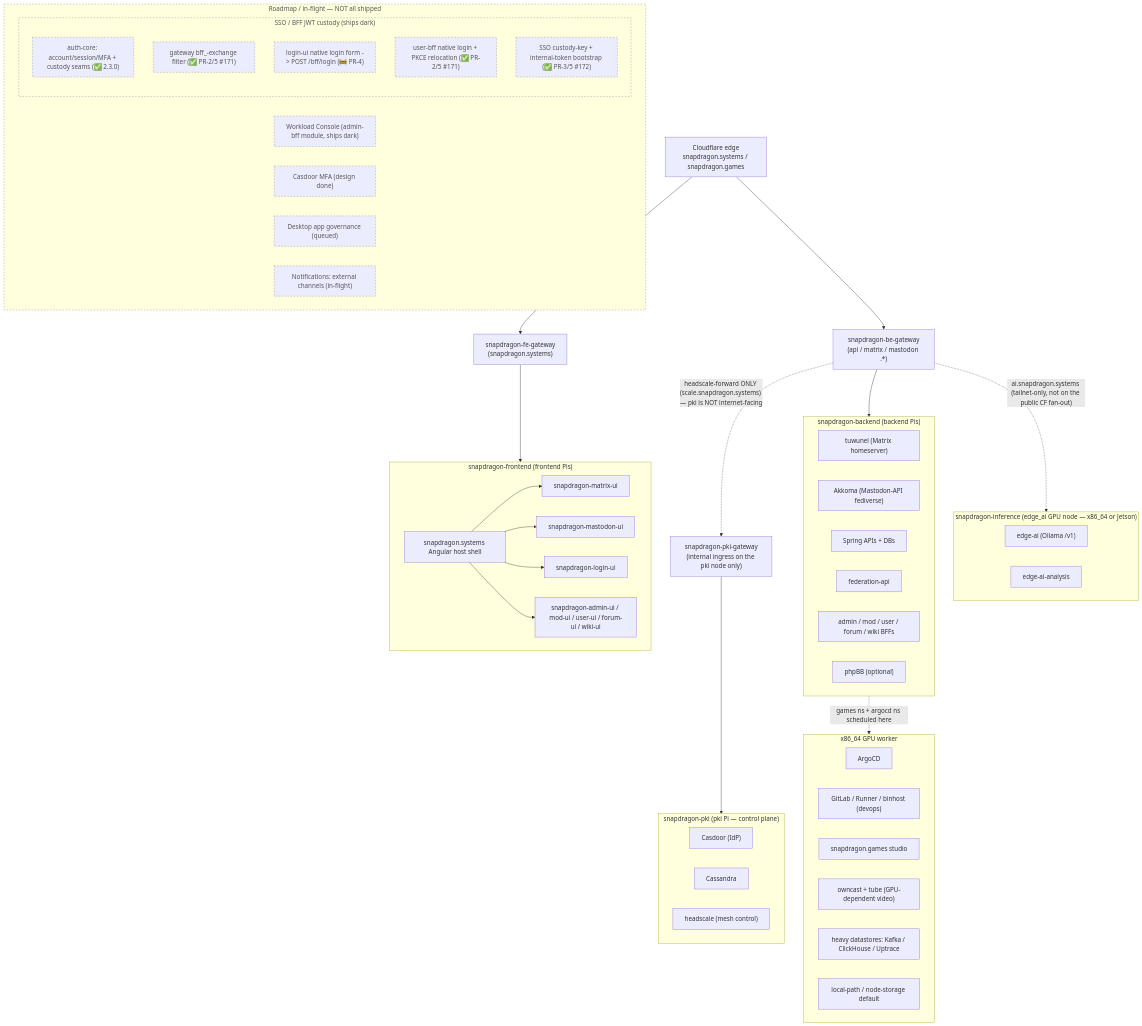
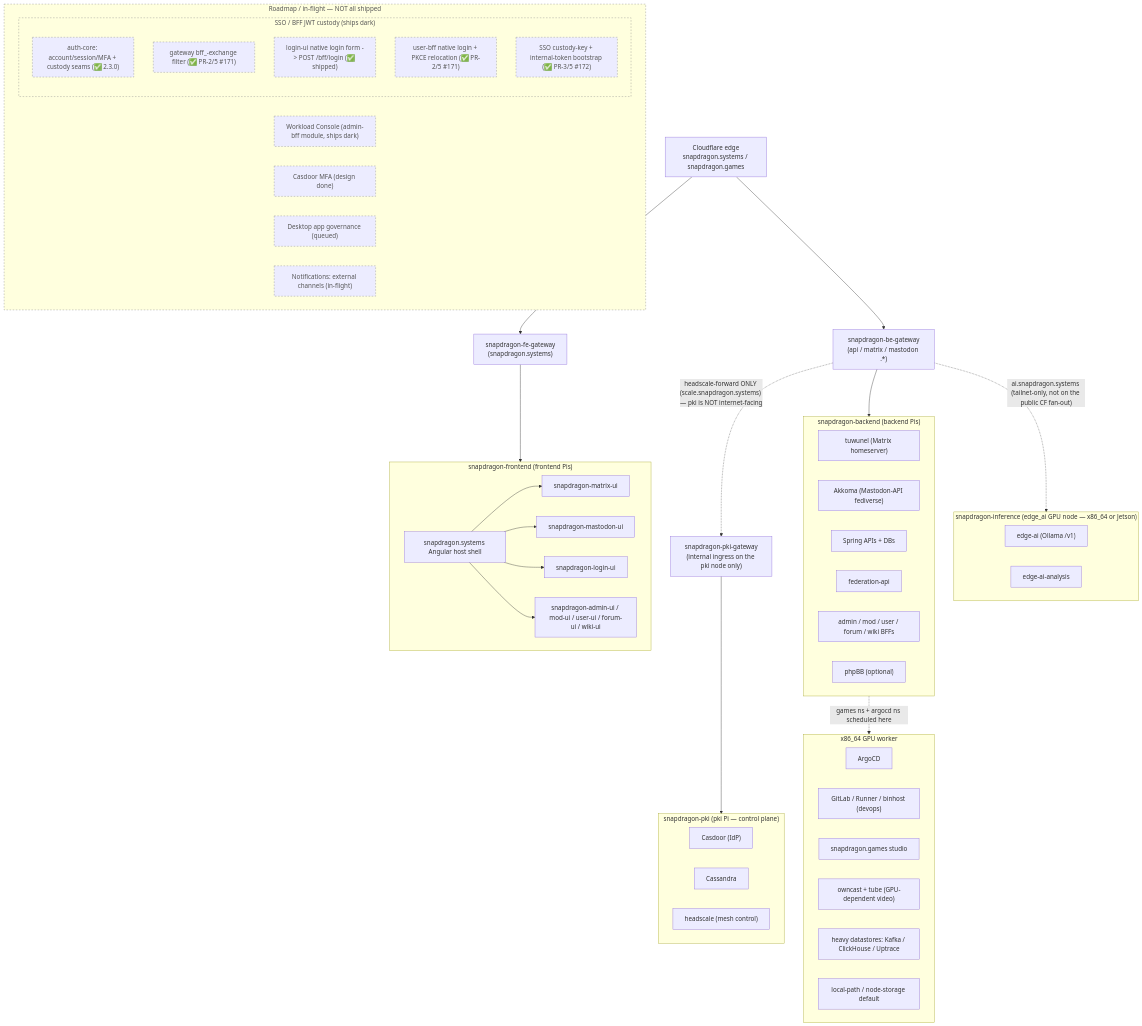
One commit to hugmesh/hugmesh-generator changed the first of 2 diagrams in docs/ARCHITECTURE.md. Above: the diagram before and after it, drawn with Mermaid. The commit also changed other lines of this file, not shown here.

First line of the commit message:
docs(architecture): mark native login-ui form as shipped, not in-flight (#271)

````diff
--- a/docs/ARCHITECTURE.md
+++ b/docs/ARCHITECTURE.md
@@ -25,67 +25,67 @@
 ```mermaid
 flowchart TD
     CF["Cloudflare edge<br/>snapdragon.systems / snapdragon.games"]
     CF --> FEGW["snapdragon-fe-gateway<br/>(snapdragon.systems)"]
     CF --> BEGW["snapdragon-be-gateway<br/>(api / matrix / mastodon .*)"]
 
     subgraph FE["snapdragon-frontend (frontend Pis)"]
         HOST["snapdragon.systems Angular host shell"]
         HOST --> MUI["snapdragon-matrix-ui"]
         HOST --> MASTUI["snapdragon-mastodon-ui"]
         HOST --> LOGINUI["snapdragon-login-ui"]
         HOST --> ADMINUI["snapdragon-admin-ui / mod-ui / user-ui / forum-ui / wiki-ui"]
     end
 
     subgraph BE["snapdragon-backend (backend Pis)"]
         TUW["tuwunel (Matrix homeserver)"]
         AKK["Akkoma (Mastodon-API fediverse)"]
         APIS["Spring APIs + DBs"]
         FEDAPI["federation-api"]
         BFFS["admin / mod / user / forum / wiki BFFs"]
         PHPBB["phpBB (optional)"]
     end
 
     subgraph PKI["snapdragon-pki (pki Pi — control plane)"]
         CAS["Casdoor (IdP)"]
         CASS["Cassandra"]
         HS["headscale (mesh control)"]
     end
 
     subgraph INFER["snapdragon-inference (edge_ai GPU node — x86_64 or Jetson)"]
         EDGEAI["edge-ai (Ollama /v1)"]
         EDGEAIAN["edge-ai-analysis"]
     end
 
     subgraph X86["x86_64 GPU worker"]
         ARGO["ArgoCD"]
         DEVOPS["GitLab / Runner / binhost (devops)"]
         GAMES["snapdragon.games studio"]
         VIDEO["owncast + tube (GPU-dependent video)"]
         HEAVY["heavy datastores: Kafka / ClickHouse / Uptrace"]
         STORE["local-path / node-storage default"]
     end
 
     FEGW --> FE
     BEGW --> BE
     BE -. "games ns + argocd ns scheduled here" .-> X86
     BEGW -. "ai.snapdragon.systems (tailnet-only, not on the public CF fan-out)" .-> INFER
     BEGW -. "headscale-forward ONLY (scale.snapdragon.systems) — pki is NOT internet-facing" .-> PKIGW["snapdragon-pki-gateway<br/>(internal ingress on the pki node only)"]
     PKIGW --> PKI
 
     subgraph ROADMAP["Roadmap / in-flight — NOT all shipped"]
         WC["Workload Console (admin-bff module, ships dark)"]
         MFA["Casdoor MFA (design done)"]
         DESKGOV["Desktop app governance (queued)"]
         NOTIFY["Notifications: external channels (in-flight)"]
         subgraph SSO["SSO / BFF JWT custody (ships dark)"]
             AUTHCORE["auth-core: account/session/MFA + custody seams (✅ 2.3.0)"]
             GWEXCH["gateway bff_-exchange filter (✅ PR-2/5 #171)"]
-            LOGINOIDC["login-ui native login form -> POST /bff/login (🚧 PR-4)"]
+            LOGINOIDC["login-ui native login form -> POST /bff/login (✅ shipped)"]
             UBRELOC["user-bff native login + PKCE relocation (✅ PR-2/5 #171)"]
             CUSTKEY["SSO custody-key + internal-token bootstrap (✅ PR-3/5 #172)"]
         end
     end
 
     classDef planned stroke-dasharray:4,stroke:#888,color:#555;
     class ROADMAP,WC,MFA,DESKGOV,NOTIFY,SSO,AUTHCORE,GWEXCH,LOGINOIDC,UBRELOC,CUSTKEY planned;
 ```
````
